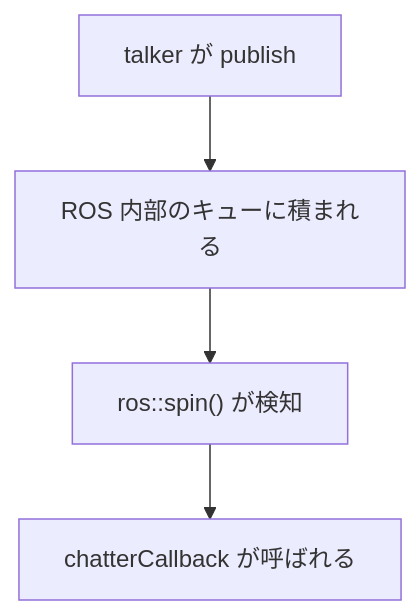
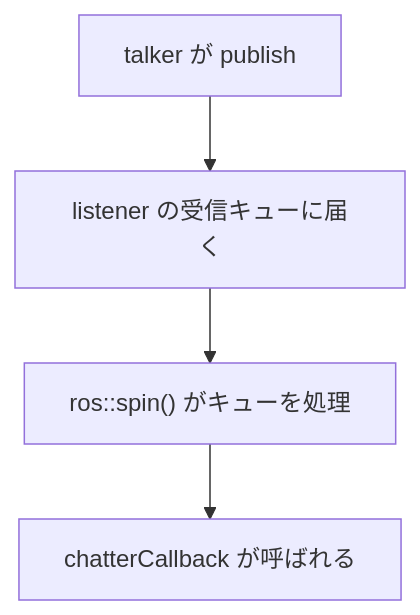
Before and after one commit to Harlequinade1123/ros1-tutorials: the third of 4 diagrams in docs/04_publisher_subscriber.md, drawn with Mermaid. The commit also changed other lines of this file, not shown here.

Commit message:
docs: redesign Publisher/Subscriber concept diagrams and clarify explanations in ch.4

````diff
--- a/docs/04_publisher_subscriber.md
+++ b/docs/04_publisher_subscriber.md
@@ -156,6 +169,6 @@
 ```mermaid
 graph TD
-    A["talker が publish"] --> B["ROS 内部のキューに積まれる"]
-    B --> C["ros::spin() が検知"]
+    A["talker が publish"] --> B["listener の受信キューに届く"]
+    B --> C["ros::spin() がキューを処理"]
     C --> D["chatterCallback が呼ばれる"]
 ```
````
